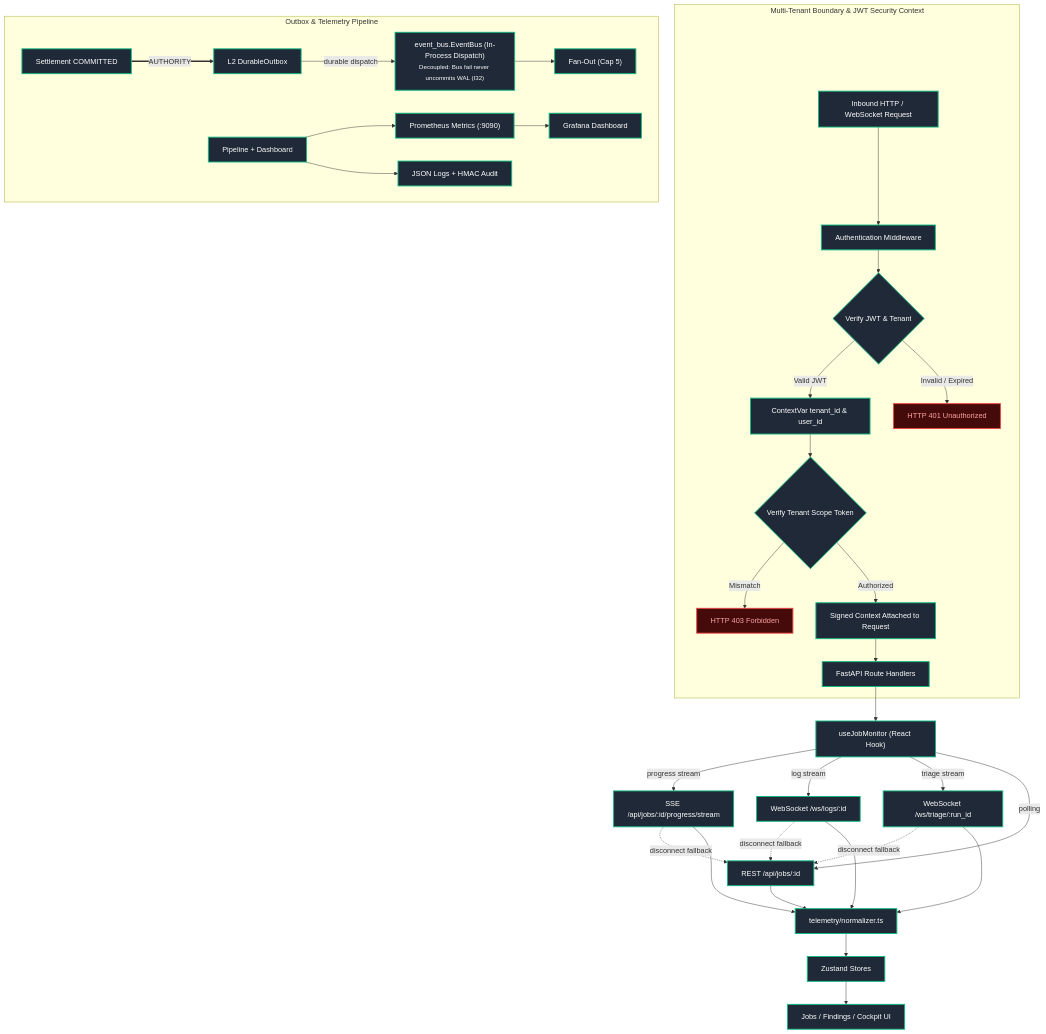
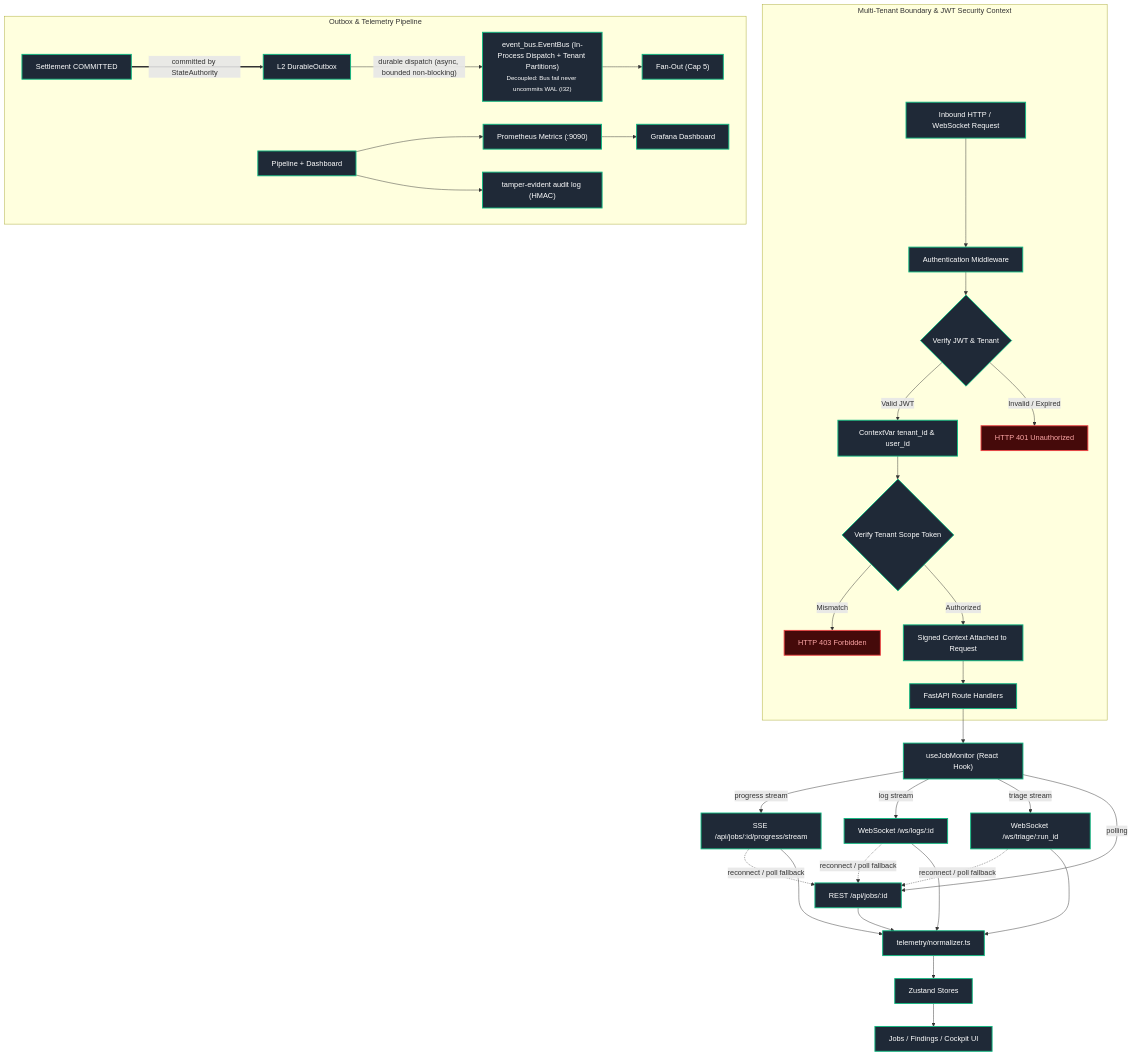
One commit to AviralGup7/Singularity-Zero changed diagram 12 of 16 in docs/flowchart.md. Above: the diagram before and after it, drawn with Mermaid. The commit also changed other lines of this file and 6 other files, not shown here.

````diff
--- a/docs/flowchart.md
+++ b/docs/flowchart.md
@@ -801,43 +801,43 @@
 ```mermaid
 flowchart TD
     classDef impl fill:#1f2937,stroke:#10b981,stroke-width:2px,color:#fff;
     classDef singleNode fill:#1e293b,stroke:#0ea5e9,stroke-width:1px,stroke-dasharray:3 3,color:#fff;
     classDef library fill:#334155,stroke:#64748b,stroke-width:1px,color:#fff;
     classDef specOnly fill:#1e1b4b,stroke:#818cf8,stroke-width:1px,stroke-dasharray:4 4,color:#fff;
     classDef vacuous fill:#27272a,stroke:#71717a,stroke-width:1px,color:#a1a1aa;
     classDef forbidden fill:#450a0a,stroke:#ef4444,stroke-width:2px,color:#fca5a5;
 
     subgraph MultiTenantAuth["Multi-Tenant Boundary & JWT Security Context"]
         Req["Inbound HTTP / WebSocket Request"]:::impl --> AuthMid["Authentication Middleware"]:::impl
         AuthMid --> JWT{"Verify JWT & Tenant"}:::impl
         JWT -->|Valid JWT| Ctx["ContextVar tenant_id & user_id"]:::impl
         JWT -->|Invalid / Expired| Refuse401["HTTP 401 Unauthorized"]:::forbidden
         Ctx --> ScopeCheck{"Verify Tenant Scope Token"}:::impl
         ScopeCheck -->|Mismatch| Refuse403["HTTP 403 Forbidden"]:::forbidden
         ScopeCheck -->|Authorized| ScopeSigned["Signed Context Attached to Request"]:::impl
         ScopeSigned --> Dispatch["FastAPI Route Handlers"]:::impl
     end
 
     Dispatch --> Hook["useJobMonitor (React Hook)"]:::impl
     Hook -->|"progress stream"| SSE["SSE /api/jobs/:id/progress/stream"]:::impl
     Hook -->|"log stream"| WS["WebSocket /ws/logs/:id"]:::impl
     Hook -->|"triage stream"| Triage["WebSocket /ws/triage/:run_id"]:::impl
     Hook -->|"polling"| REST["REST /api/jobs/:id"]:::impl
     
-    WS -.->|"disconnect fallback"| REST
-    Triage -.->|"disconnect fallback"| REST
-    SSE -.->|"disconnect fallback"| REST
+    WS -.->|"reconnect / poll fallback"| REST
+    Triage -.->|"reconnect / poll fallback"| REST
+    SSE -.->|"reconnect / poll fallback"| REST
     
     REST & SSE & WS & Triage --> Norm["telemetry/normalizer.ts"]:::impl
     Norm --> Stores["Zustand Stores"]:::impl
     Stores --> Pages["Jobs / Findings / Cockpit UI"]:::impl
     
     subgraph OutboxNotify["Outbox & Telemetry Pipeline"]
-        Settle["Settlement COMMITTED"]:::impl ==>|"AUTHORITY"| Outbox["L2 DurableOutbox"]:::impl
-        Outbox -->|"durable dispatch"| LiveBus["event_bus.EventBus (In-Process Dispatch)<br/><small>Decoupled: Bus fail never uncommits WAL (I32)</small>"]:::impl
+        Settle["Settlement COMMITTED"]:::impl ==>|"committed by StateAuthority"| Outbox["L2 DurableOutbox"]:::impl
+        Outbox -->|"durable dispatch (async, bounded non-blocking)"| LiveBus["event_bus.EventBus (In-Process Dispatch + Tenant Partitions)<br/><small>Decoupled: Bus fail never uncommits WAL (I32)</small>"]:::impl
         LiveBus --> Fan["Fan-Out (Cap 5)"]:::impl
         App["Pipeline + Dashboard"]:::impl --> Prom["Prometheus Metrics (:9090)"]:::impl
-        App --> Logs["JSON Logs + HMAC Audit"]:::impl
+        App --> Logs["tamper-evident audit log (HMAC)"]:::impl
         Prom --> Graf["Grafana Dashboard"]:::impl
     end
 ```
````
